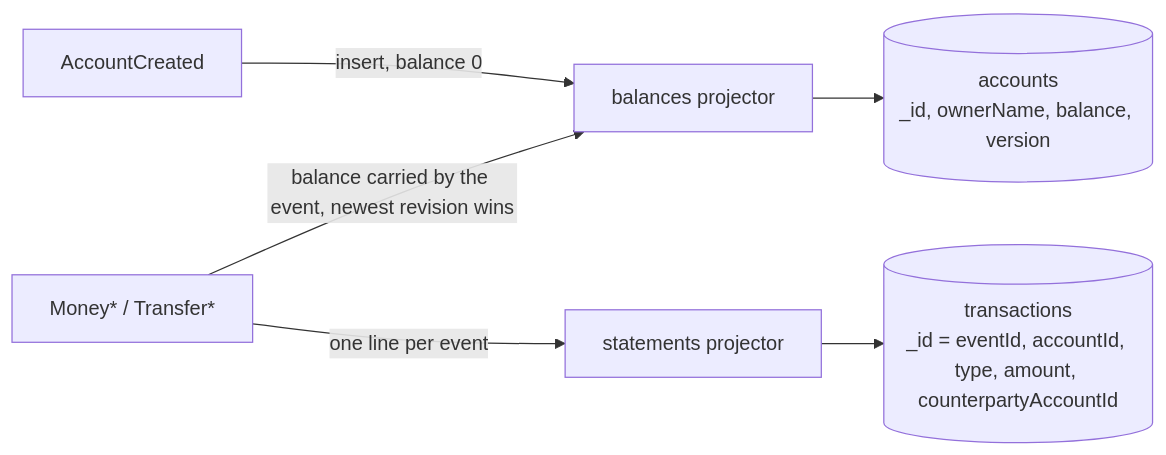
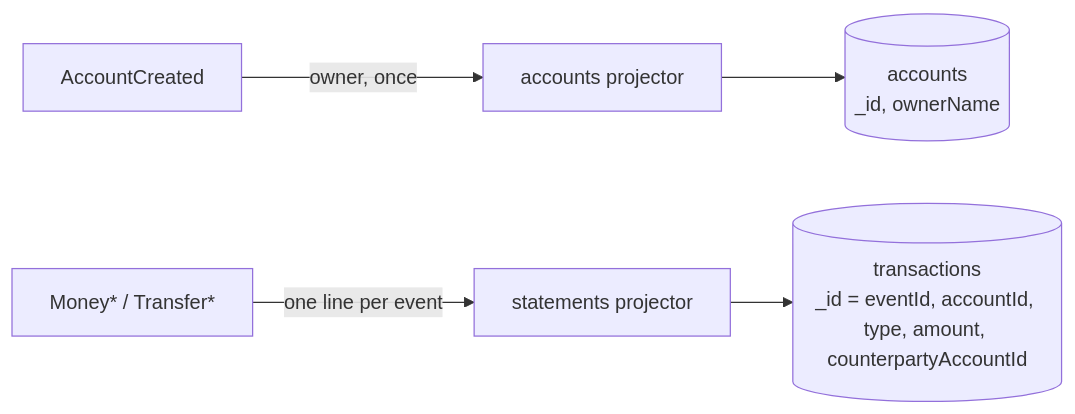
The second of 3 diagrams in README.md (gianluca-pettenon/idempotent-ledger), drawn with Mermaid before and after one commit. The commit also changed other lines of this file and 6 other files, not shown here.

````diff
--- a/README.md
+++ b/README.md
@@ -57,15 +58,14 @@
 ```mermaid
 flowchart LR
     created["AccountCreated"]
     movement["Money* / Transfer*"]
-    balances["balances projector"]
+    owners["accounts projector"]
     statements["statements projector"]
-    accounts[("accounts<br/>_id, ownerName, balance, version")]
+    accounts[("accounts<br/>_id, ownerName")]
     transactions[("transactions<br/>_id = eventId, accountId, type, amount, counterpartyAccountId")]
 
-    created -- "insert, balance 0" --> balances
-    movement -- "balance carried by the event, newest revision wins" --> balances
-    balances --> accounts
+    created -- "owner, once" --> owners
+    owners --> accounts
     movement -- "one line per event" --> statements
     statements --> transactions
 ```
````
